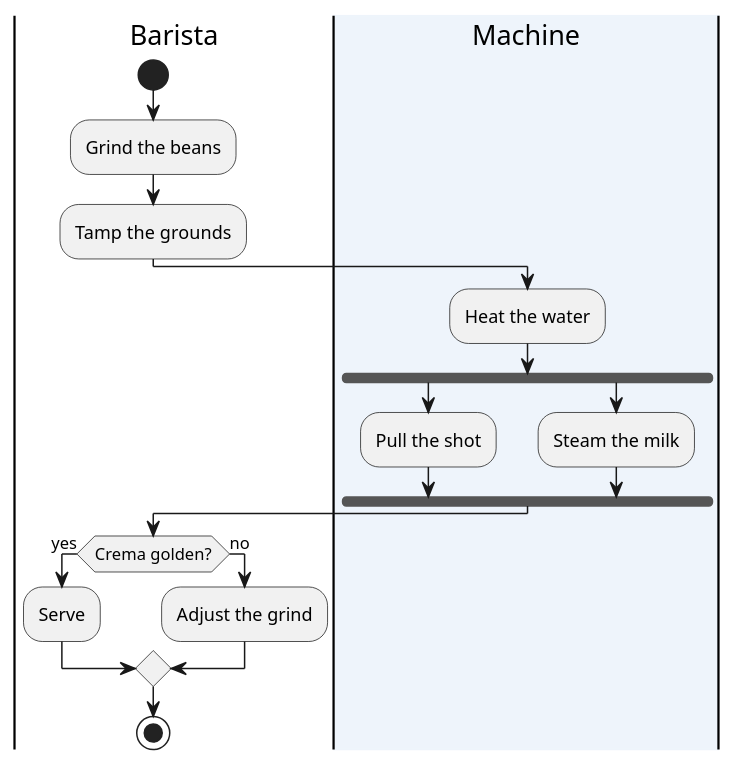
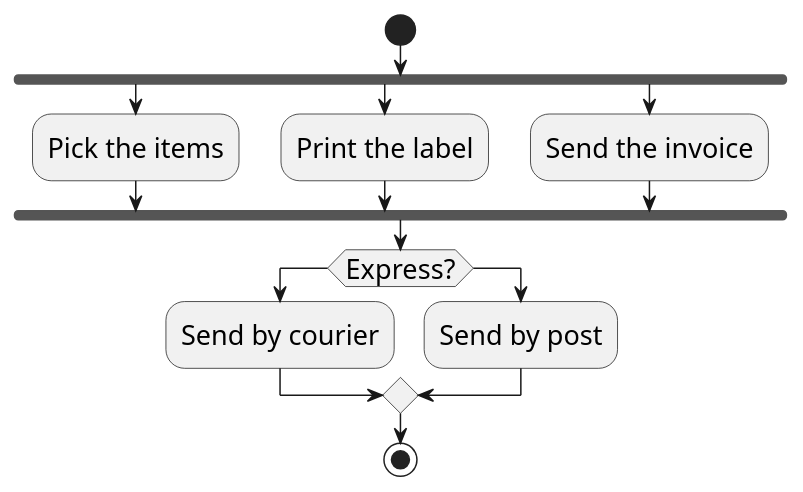
Before and after one commit to demaconsulting/CanvasNet: the diagram in docs/images/plantuml/activity.puml, drawn with PlantUML. The commit also changed 16 other files, not shown here.

First line of the commit message:
Polish the PlantUML README images after visual review

```diff
--- a/docs/images/plantuml/activity.puml
+++ b/docs/images/plantuml/activity.puml
@@ -1,20 +1,20 @@
 @startuml
-|Barista|
+skinparam defaultFontSize 18
+skinparam activityFontSize 18
+skinparam activityDiamondFontSize 18
+skinparam arrowFontSize 18
 start
-:Grind the beans;
-:Tamp the grounds;
-|#EEF4FB|Machine|
-:Heat the water;
 fork
-  :Pull the shot;
+  :Pick the items;
 fork again
-  :Steam the milk;
+  :Print the label;
+fork again
+  :Send the invoice;
 end fork
-|Barista|
-if (Crema golden?) then (yes)
-  :Serve;
-else (no)
-  :Adjust the grind;
+if (Express?) then
+  :Send by courier;
+else
+  :Send by post;
 endif
 stop
 @enduml
```
